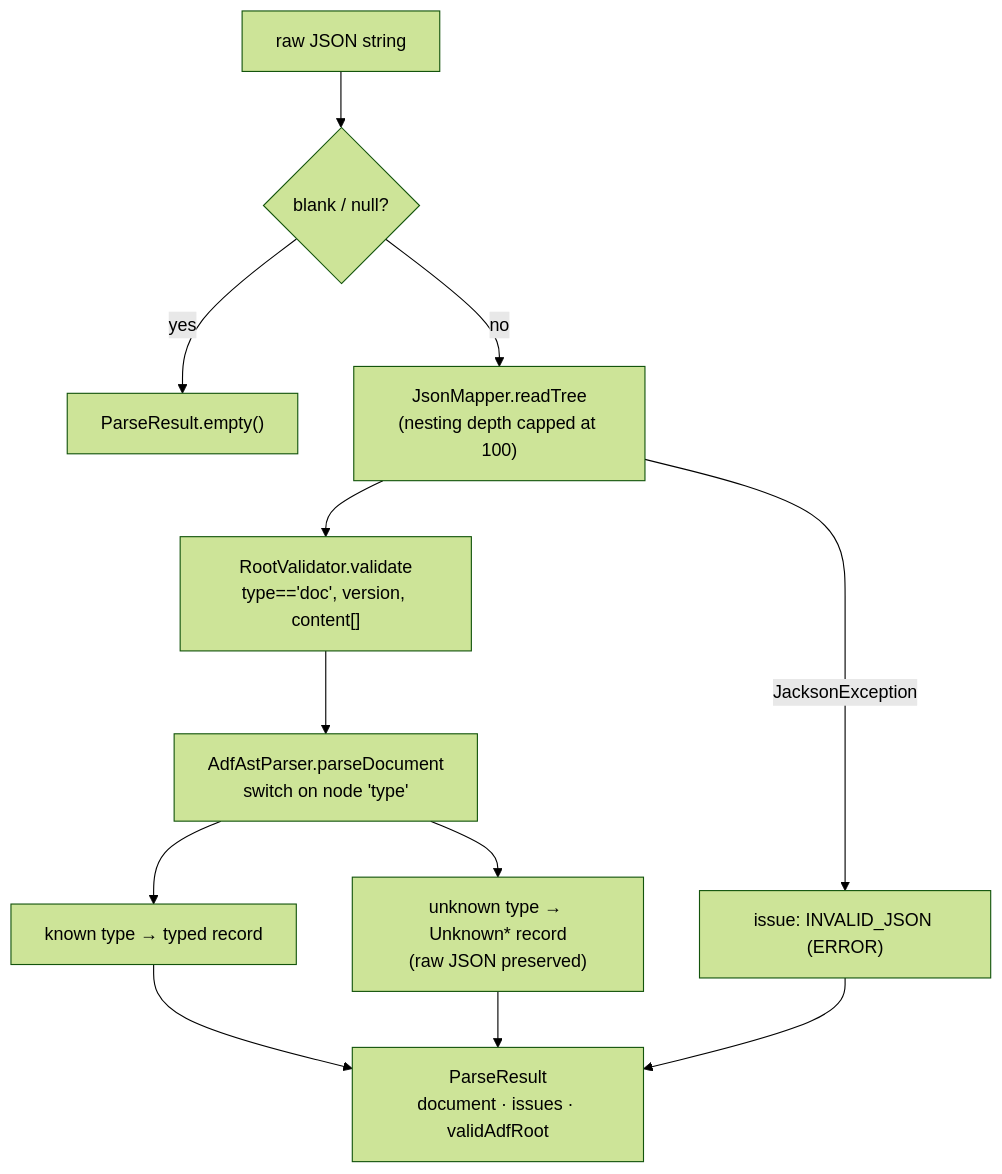
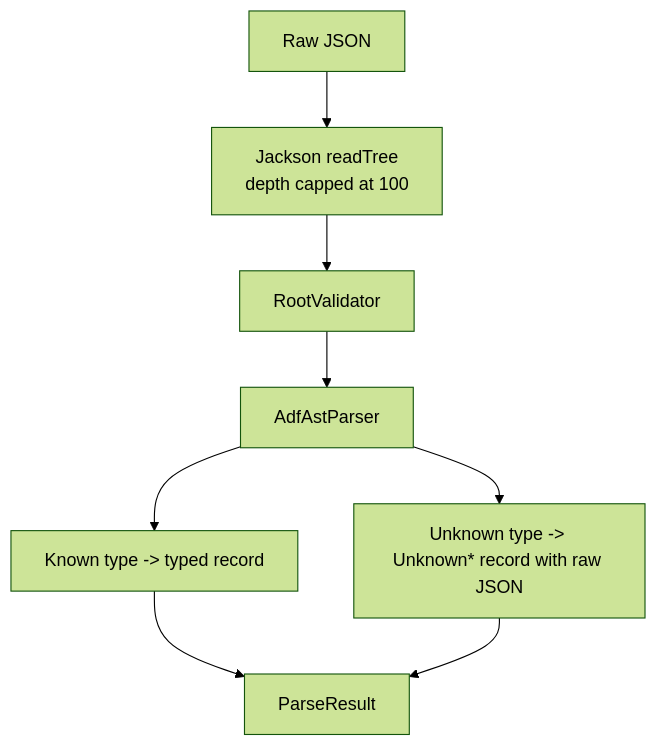
Before and after one commit to thiagogcm/adf4j: the third of 3 diagrams in docs/architecture.md, drawn with Mermaid (forest theme). The commit also changed other lines of this file and 5 other files, not shown here.

````diff
--- a/docs/architecture.md
+++ b/docs/architecture.md
@@ -156,14 +96,10 @@
 ```mermaid
 flowchart TB
-    raw["raw JSON string"] --> blank{"blank / null?"}
-    blank -->|yes| empty["ParseResult.empty()"]
-    blank -->|no| read["JsonMapper.readTree<br/>(nesting depth capped at 100)"]
-    read -->|JacksonException| invalid["issue: INVALID_JSON (ERROR)"]
-    read --> validate["RootValidator.validate<br/>type=='doc', version, content[]"]
-    validate --> ast["AdfAstParser.parseDocument<br/>switch on node 'type'"]
-    ast --> known["known type → typed record"]
-    ast --> unknown["unknown type → Unknown* record<br/>(raw JSON preserved)"]
-    known --> result["ParseResult<br/>document · issues · validAdfRoot"]
+    raw["Raw JSON"] --> read["Jackson readTree<br/>depth capped at 100"]
+    read --> validate["RootValidator"]
+    validate --> ast["AdfAstParser"]
+    ast --> known["Known type -> typed record"]
+    ast --> unknown["Unknown type -> Unknown* record with raw JSON"]
+    known --> result["ParseResult"]
     unknown --> result
-    invalid --> result
 ```
````
